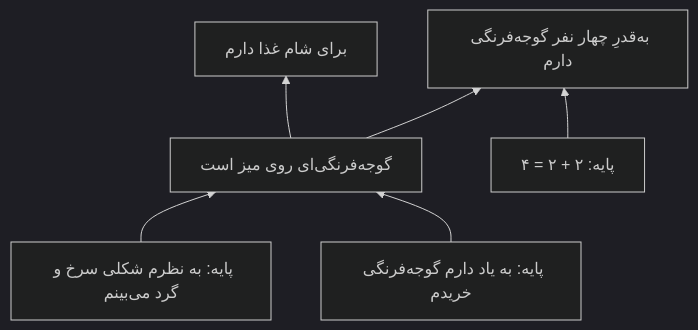
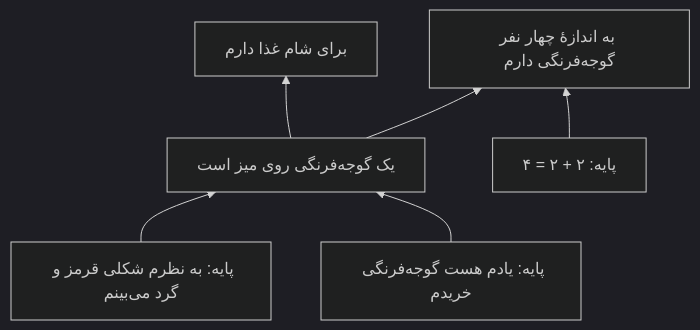
The first of 2 diagrams in guide/fa/06-justification.md (Rhadadi/epis), drawn with Mermaid (dark theme) before and after one commit. The commit also changed other lines of this file and 17 other files, not shown here.

````diff
--- a/guide/fa/06-justification.md
+++ b/guide/fa/06-justification.md
@@ -120,8 +120,8 @@
 ```mermaid
 flowchart BT
-    B1["پایه: به نظرم شکلی سرخ و گرد می‌بینم"] --> N1["گوجه‌فرنگی‌ای روی میز است"]
-    B2["پایه: به یاد دارم گوجه‌فرنگی خریدم"] --> N1
+    B1["پایه: به نظرم شکلی قرمز و گرد می‌بینم"] --> N1["یک گوجه‌فرنگی روی میز است"]
+    B2["پایه: یادم هست گوجه‌فرنگی خریدم"] --> N1
     N1 --> N2["برای شام غذا دارم"]
-    B3["پایه: ۲ + ۲ = ۴"] --> N3["به‌قدرِ چهار نفر گوجه‌فرنگی دارم"]
+    B3["پایه: ۲ + ۲ = ۴"] --> N3["به اندازهٔ چهار نفر گوجه‌فرنگی دارم"]
     N1 --> N3
 ```
````
